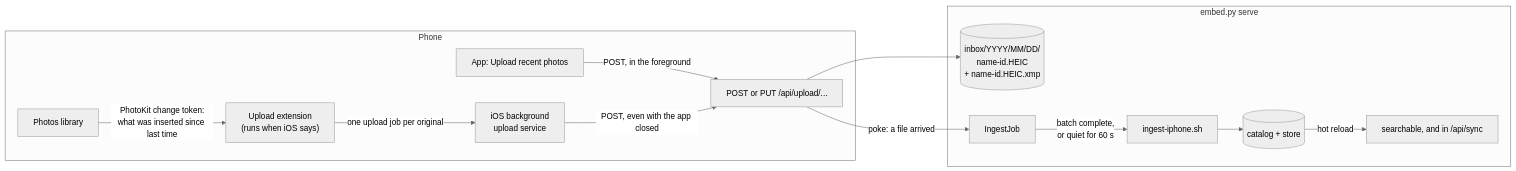
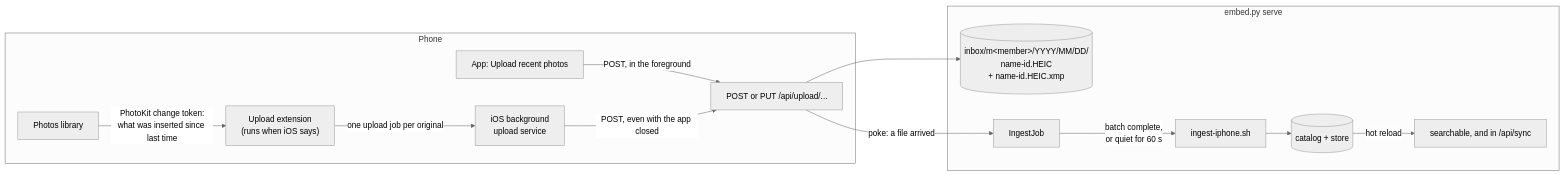
Before and after one commit to jflam/photo-estate: the first of 2 diagrams in docs/book/24-uploading.md, drawn with Mermaid (neutral theme). The commit also changed other lines of this file and 47 other files, not shown here.

````diff
--- a/docs/book/24-uploading.md
+++ b/docs/book/24-uploading.md
@@ -13,16 +13,16 @@
 ```mermaid
 flowchart LR
     subgraph Phone
       PH["Photos library"] -->|"PhotoKit change token:<br/>what was inserted since last time"| EXT["Upload extension<br/>(runs when iOS says)"]
       EXT -->|"one upload job per original"| SYS["iOS background<br/>upload service"]
       APP["App: Upload recent photos"] -->|"POST, in the foreground"| SRV
       SYS -->|"POST, even with the app closed"| SRV
     end
     subgraph Server["embed.py serve"]
-      SRV["POST or PUT /api/upload/..."] --> INB[("inbox/YYYY/MM/DD/<br/>name-id.HEIC<br/>+ name-id.HEIC.xmp")]
+      SRV["POST or PUT /api/upload/..."] --> INB[("inbox/m&lt;member&gt;/YYYY/MM/DD/<br/>name-id.HEIC<br/>+ name-id.HEIC.xmp")]
       SRV -->|"poke: a file arrived"| JOB["IngestJob"]
       JOB -->|"batch complete,<br/>or quiet for 60 s"| ING["ingest-iphone.sh"]
       ING --> CATALOG[("catalog + store")]
       CATALOG -->|"hot reload"| LIVE["searchable, and in /api/sync"]
     end
 ```
````
